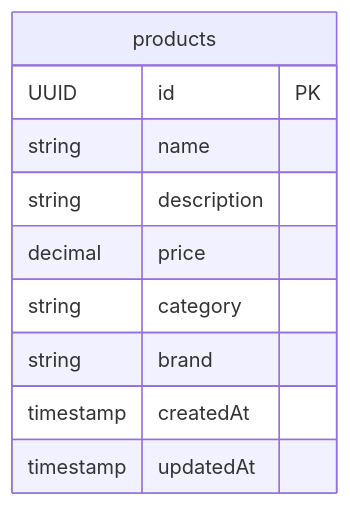
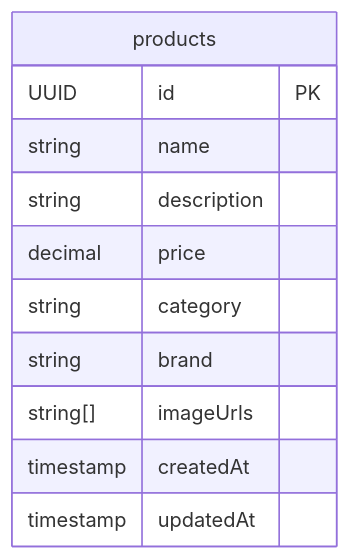
One commit to pepetibalaji/ecommerce-platform changed the second of 2 diagrams in docs/services/product-service.md. Above: the diagram before and after it, drawn with Mermaid. The commit also changed other lines of this file and 24 other files, not shown here.

Commit message:
feat(product-service): migrate catalog persistence to MongoDB with image URLs

````diff
--- a/docs/services/product-service.md
+++ b/docs/services/product-service.md
@@ -58,13 +58,14 @@
 ```mermaid
 erDiagram
     products {
         UUID id PK
         string name
         string description
         decimal price
         string category
         string brand
+        string[] imageUrls
         timestamp createdAt
         timestamp updatedAt
     }
 ```
````
